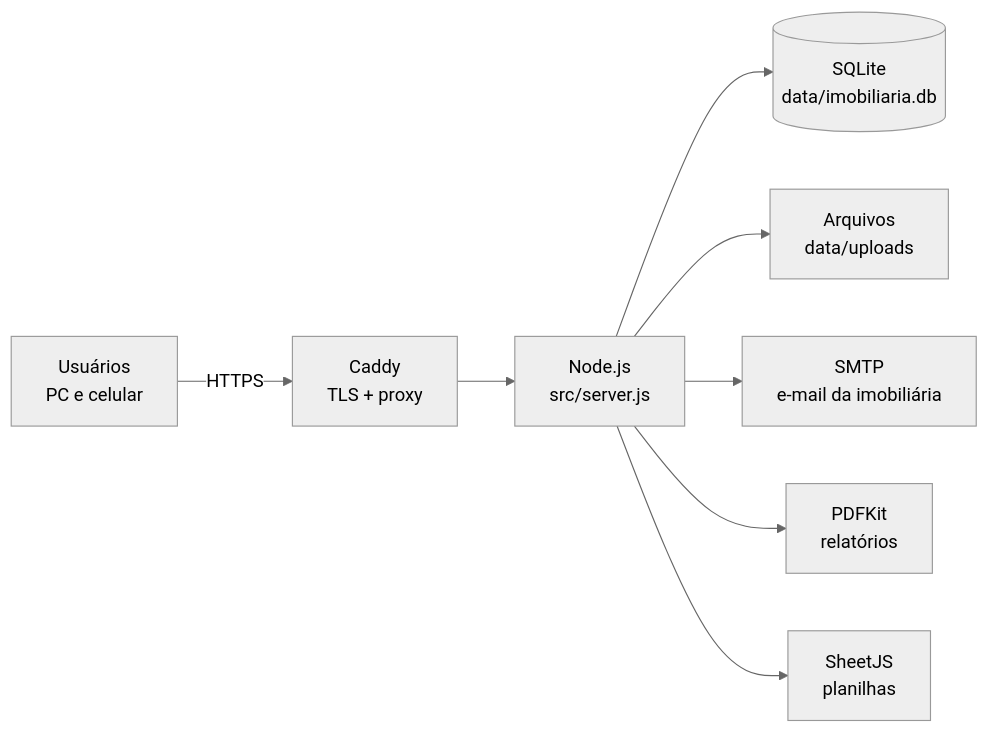
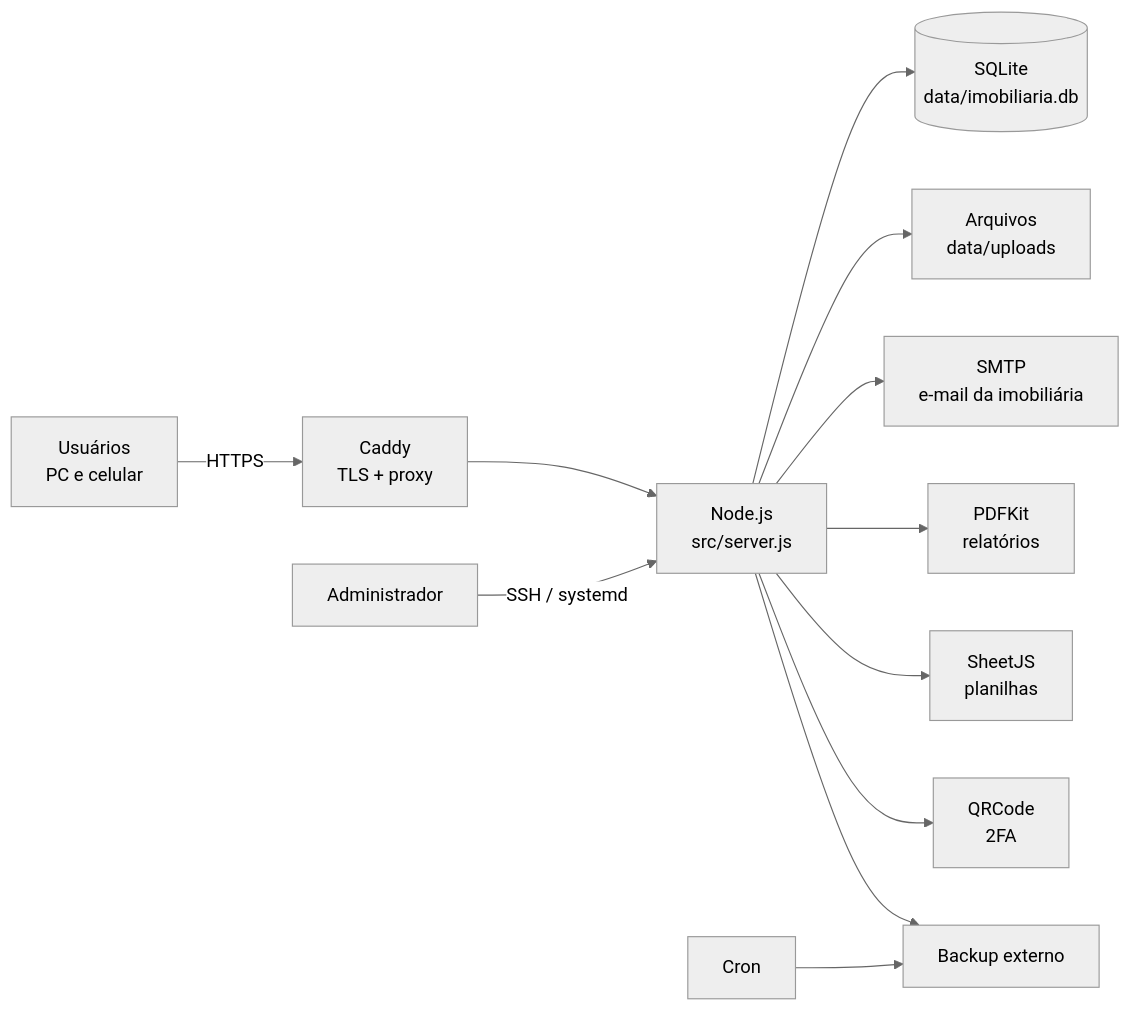
One commit to DSalladino/sistema-imobiliaria changed the first of 4 diagrams in docs/ARQUITETURA.md. Above: the diagram before and after it, drawn with Mermaid (neutral theme). The commit also changed other lines of this file and 20 other files, not shown here.

````diff
--- a/docs/ARQUITETURA.md
+++ b/docs/ARQUITETURA.md
@@ -10,10 +21,14 @@
 ```mermaid
 flowchart LR
     U[Usuários<br/>PC e celular] -->|HTTPS| C[Caddy<br/>TLS + proxy]
     C --> N[Node.js<br/>src/server.js]
     N --> DB[(SQLite<br/>data/imobiliaria.db)]
     N --> FS[Arquivos<br/>data/uploads]
     N --> SMTP[SMTP<br/>e-mail da imobiliária]
     N --> PDF[PDFKit<br/>relatórios]
     N --> XLSX[SheetJS<br/>planilhas]
+    N --> QR[QRCode<br/>2FA]
+    ADMIN[Administrador] -->|SSH / systemd| N
+    CRON[Cron] --> BK[Backup externo]
+    N --> BK
 ```
````
